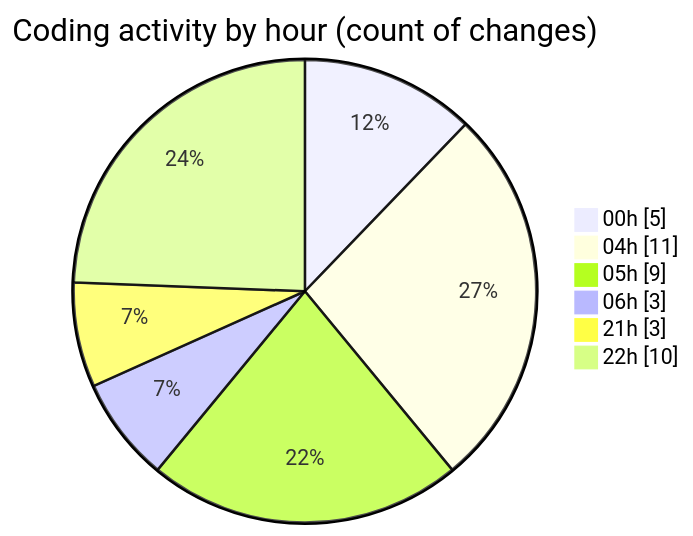
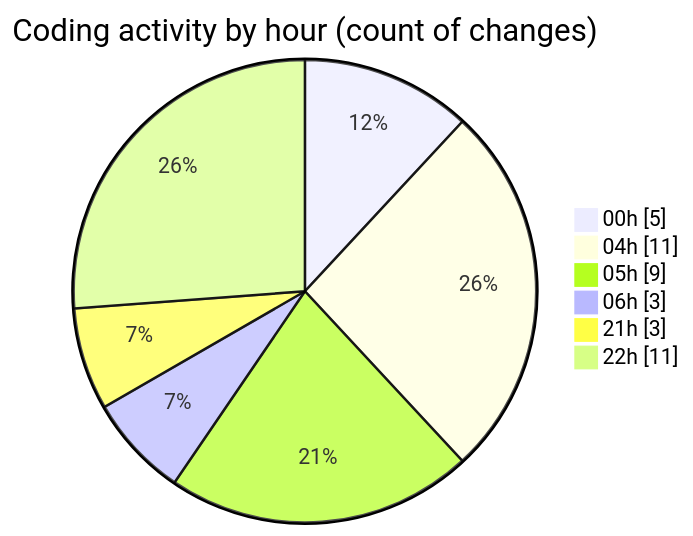
The second of 2 diagrams in 2025-03-28/autodidak/README.md (idhammustaqopulfikri/code-tracking), drawn with Mermaid before and after one commit. The commit also changed other lines of this file and 1 other file, not shown here.

````diff
--- a/2025-03-28/autodidak/README.md
+++ b/2025-03-28/autodidak/README.md
@@ -37,10 +37,10 @@
 ```mermaid
 pie showData
 title Coding activity by hour (count of changes)
 "00h" : 5
 "04h" : 11
 "05h" : 9
 "06h" : 3
 "21h" : 3
-"22h" : 10
+"22h" : 11
 ```
````
